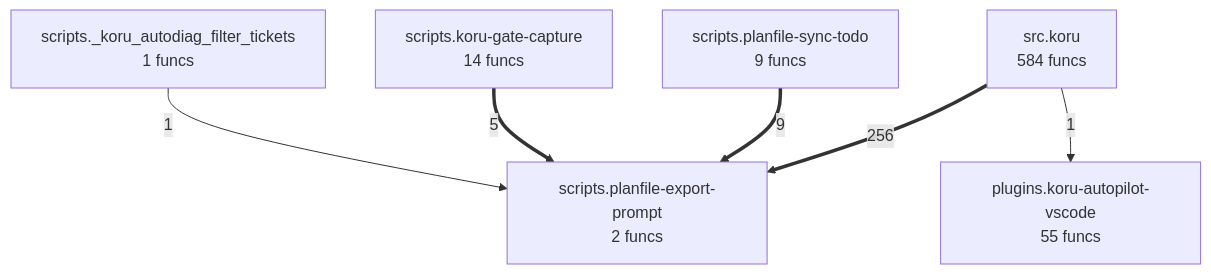
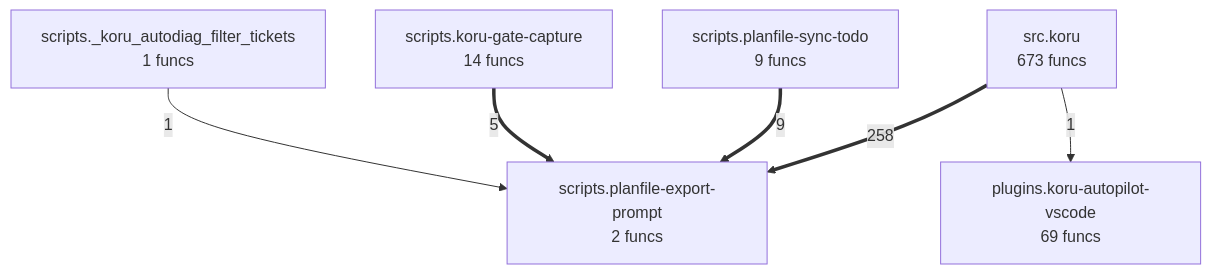
One commit to semcod/koru changed the diagram in project/compact_flow.mmd. Above: the diagram before and after it, drawn with Mermaid. The commit also changed 46 other files, not shown here.

```diff
--- a/project/compact_flow.mmd
+++ b/project/compact_flow.mmd
@@ -1,13 +1,13 @@
 flowchart TD
 %% generated in 0.02s
-    plugins__koru_autopilot_vscode["plugins.koru-autopilot-vscode<br/>55 funcs"]
+    plugins__koru_autopilot_vscode["plugins.koru-autopilot-vscode<br/>69 funcs"]
     scripts___koru_autodiag_filter_tickets["scripts._koru_autodiag_filter_tickets<br/>1 funcs"]
     scripts__koru_gate_capture["scripts.koru-gate-capture<br/>14 funcs"]
     scripts__planfile_export_prompt["scripts.planfile-export-prompt<br/>2 funcs"]
     scripts__planfile_sync_todo["scripts.planfile-sync-todo<br/>9 funcs"]
-    src__koru["src.koru<br/>584 funcs"]
-    src__koru ==>|256| scripts__planfile_export_prompt
+    src__koru["src.koru<br/>673 funcs"]
+    src__koru ==>|258| scripts__planfile_export_prompt
     scripts__planfile_sync_todo ==>|9| scripts__planfile_export_prompt
     scripts__koru_gate_capture ==>|5| scripts__planfile_export_prompt
     src__koru -->|1| plugins__koru_autopilot_vscode
     scripts___koru_autodiag_filter_tickets -->|1| scripts__planfile_export_prompt
```
